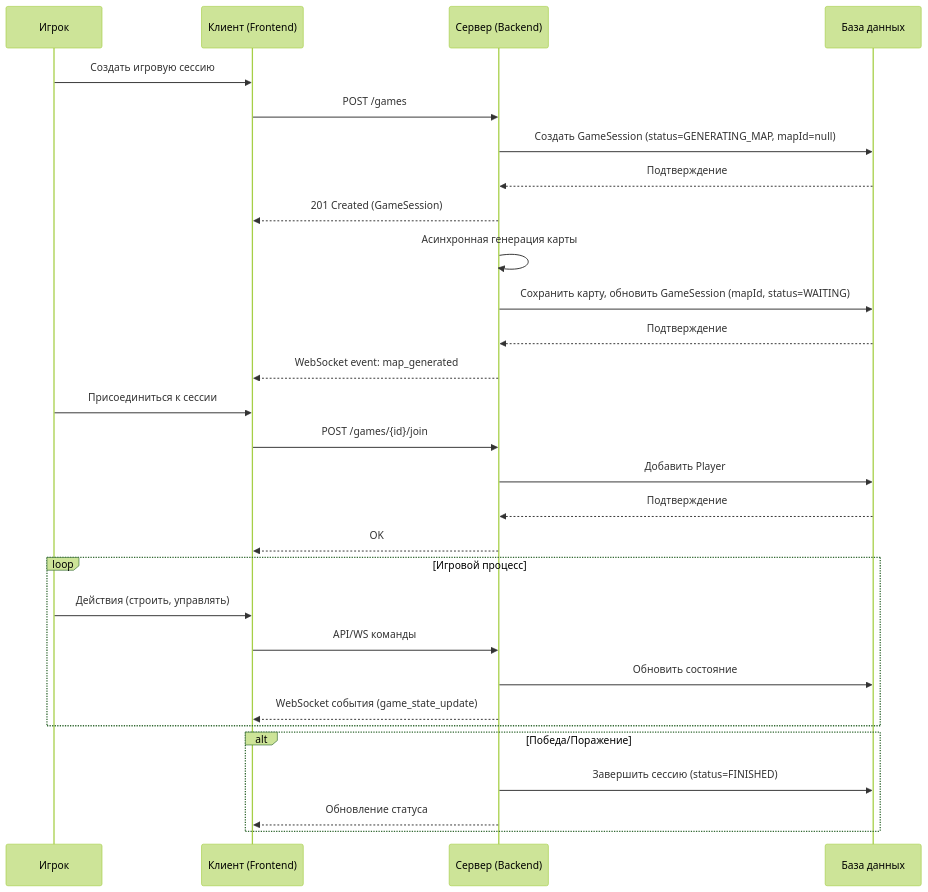
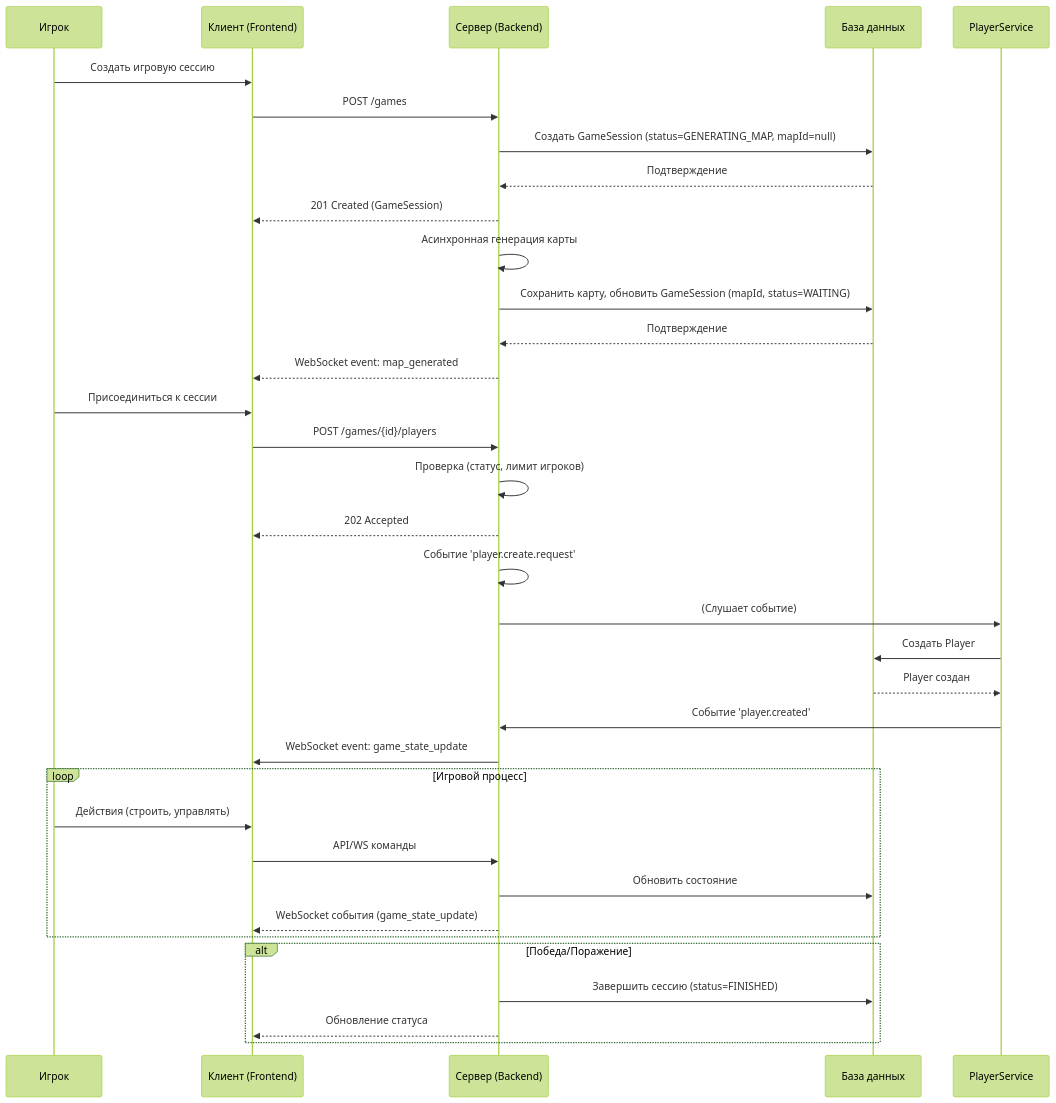
Before and after one commit to SanoLitch/auto-strategy: the diagram in docs/06_game_session_analytics.md, drawn with Mermaid (forest theme). The commit also changed 21 other files, not shown here.

````diff
--- a/docs/06_game_session_analytics.md
+++ b/docs/06_game_session_analytics.md
@@ -101,32 +101,40 @@
 ```mermaid
 sequenceDiagram
     participant User as Игрок
     participant Client as Клиент (Frontend)
     participant Server as Сервер (Backend)
     participant DB as База данных
 
     User->>Client: Создать игровую сессию
     Client->>Server: POST /games
     Server->>DB: Создать GameSession (status=GENERATING_MAP, mapId=null)
     DB-->>Server: Подтверждение
     Server-->>Client: 201 Created (GameSession)
     Server->>Server: Асинхронная генерация карты
     Server->>DB: Сохранить карту, обновить GameSession (mapId, status=WAITING)
     DB-->>Server: Подтверждение
     Server-->>Client: WebSocket event: map_generated
     User->>Client: Присоединиться к сессии
-    Client->>Server: POST /games/{id}/join
-    Server->>DB: Добавить Player
-    DB-->>Server: Подтверждение
-    Server-->>Client: OK
+    Client->>Server: POST /games/{id}/players
+    Server->>Server: Проверка (статус, лимит игроков)
+    Server-->>Client: 202 Accepted
+    Server->>Server: Событие 'player.create.request'
+
+    participant PlayerService
+    Server->>PlayerService: (Слушает событие)
+    PlayerService->>DB: Создать Player
+    DB-->>PlayerService: Player создан
+    PlayerService->>Server: Событие 'player.created'
+
+    Server->>Client: WebSocket event: game_state_update
     loop Игровой процесс
         User->>Client: Действия (строить, управлять)
         Client->>Server: API/WS команды
         Server->>DB: Обновить состояние
         Server-->>Client: WebSocket события (game_state_update)
     end
     alt Победа/Поражение
         Server->>DB: Завершить сессию (status=FINISHED)
         Server-->>Client: Обновление статуса
     end
 ```
````
